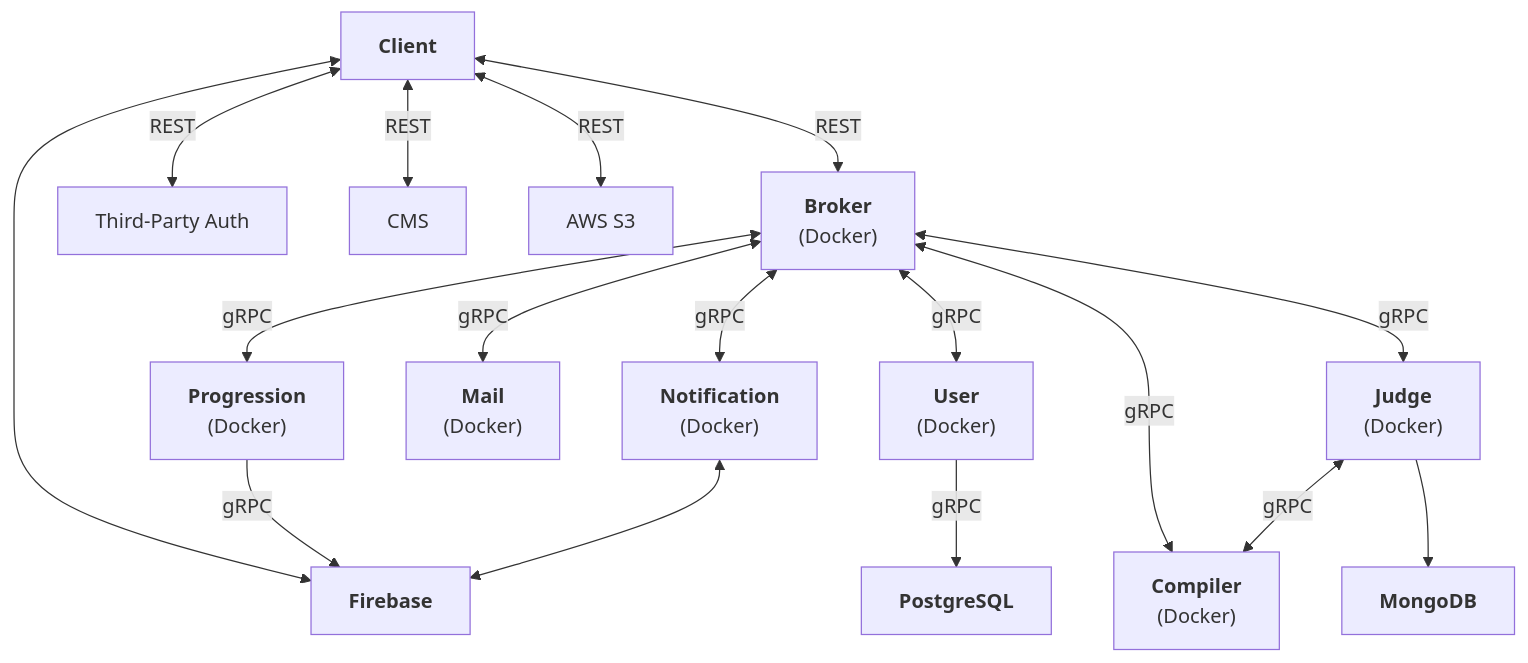
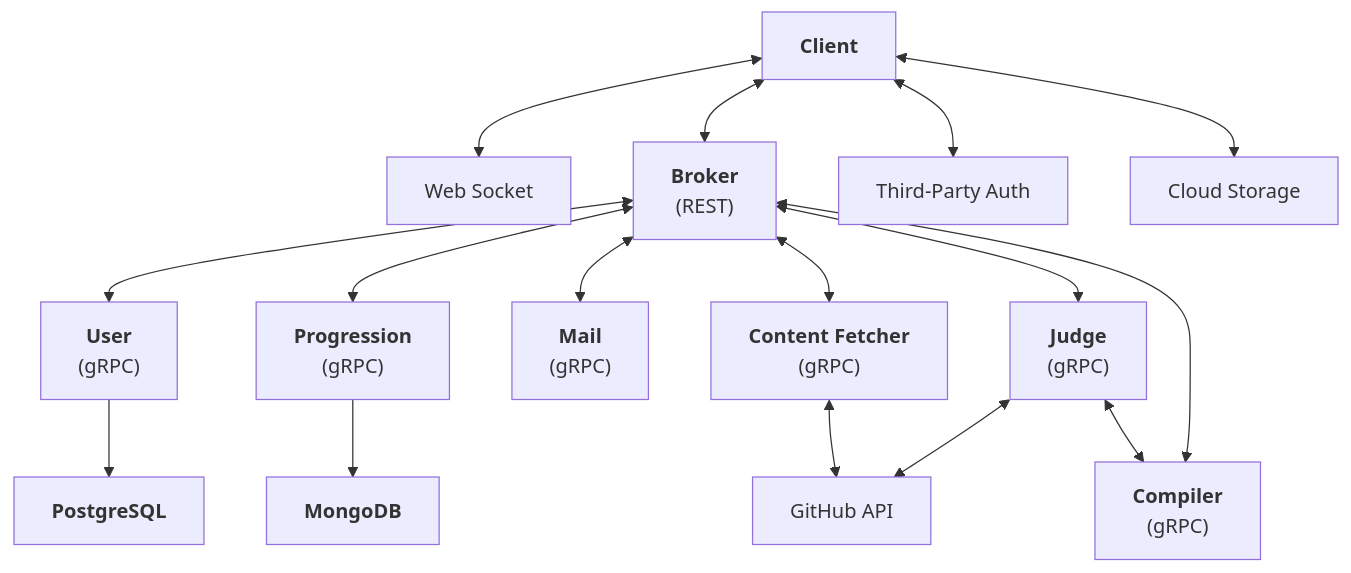
One commit to abyanmajid/picco changed the diagram in README.md. Above: the diagram before and after it, drawn with Mermaid.

Commit message:
refactor: diagram

````diff
--- a/README.md
+++ b/README.md
@@ -23,36 +23,35 @@
 ```mermaid
 graph TD
     Client["<b>Client</b>"]
-    Broker["<b>Broker</b><br>(Docker)"]
+    WS["Web Socket"]
+    Broker["<b>Broker</b><br>(REST)"]
     Auth["Third-Party Auth"]
-    CMS["CMS"]
-    S3["AWS S3"]
-    User["<b>User</b><br>(Docker)"]
-    Progression["<b>Progression</b><br>(Docker)"]
-    Mail["<b>Mail</b><br>(Docker)"]
-    Judge["<b>Judge</b><br>(Docker)"]
-    Notification["<b>Notification</b><br>(Docker)"]
-    Compiler["<b>Compiler</b><br>(Docker)"]
+    S3["Cloud Storage"]
+    GH["GitHub API"]
+    User["<b>User</b><br>(gRPC)"]
+    Progression["<b>Progression</b><br>(gRPC)"]
+    Mail["<b>Mail</b><br>(gRPC)"]
+    CF["<b>Content Fetcher</b><br>(gRPC)"]
+    Judge["<b>Judge</b><br>(gRPC)"]
+    Compiler["<b>Compiler</b><br>(gRPC)"]
     MongoDB["<b>MongoDB</b>"]
-    Firebase["<b>Firebase</b>"]
     PostgreSQL["<b>PostgreSQL</b>"]
 
-    Client <--> |REST| Auth
-    Client <--> |REST| CMS
-    Client <--> |REST| S3
-    Client <--> Firebase
-    Client <-->|REST| Broker
+    Client <--> WS
+    Client <--> Auth
+    Client <--> S3
+    Client <--> Broker
 
-    Broker <-->|gRPC| User
-    Broker <-->|gRPC| Progression
-    Broker <-->|gRPC| Compiler
-    Broker <-->|gRPC| Judge
-    Broker <-->|gRPC| Mail
-    Broker <-->|gRPC| Notification
+    Broker <--> User
+    Broker <--> Progression
+    Broker <--> CF
+    Broker <--> Compiler
+    Broker <--> Judge
+    Broker <--> Mail
 
-    User -->|gRPC| PostgreSQL
-    Progression --> |gRPC| Firebase
-    Judge --> MongoDB
-    Judge <-->|gRPC| Compiler
-    Notification <--> Firebase
+    User --> PostgreSQL
+    Progression --> MongoDB
+    Judge <--> Compiler
+    Judge <--> GH
+    CF <--> GH
 ```
````
